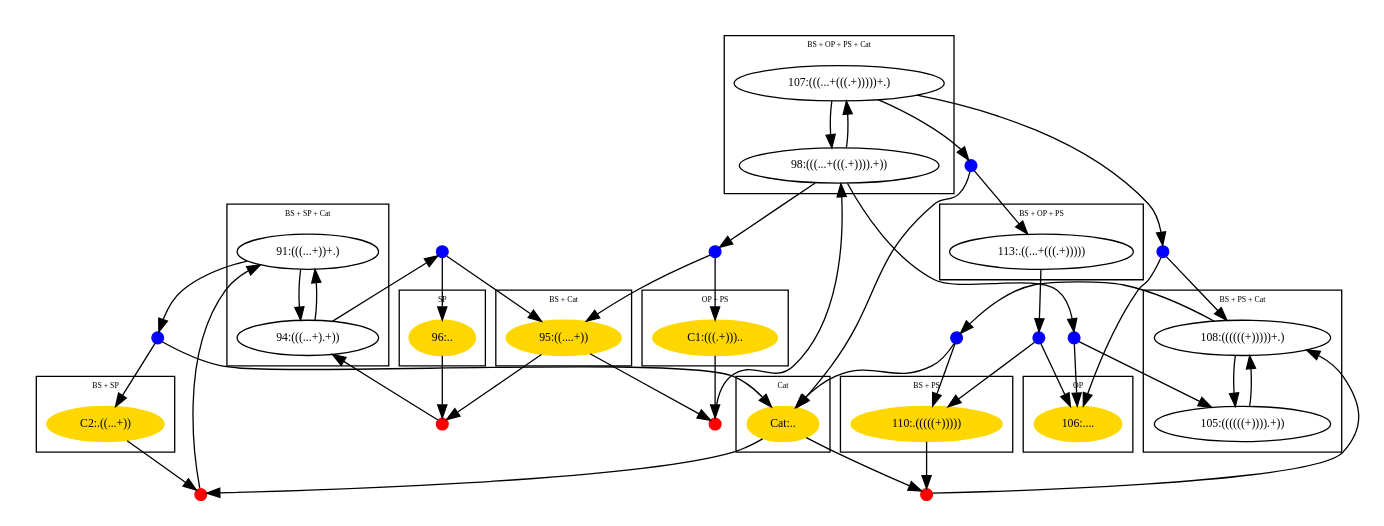
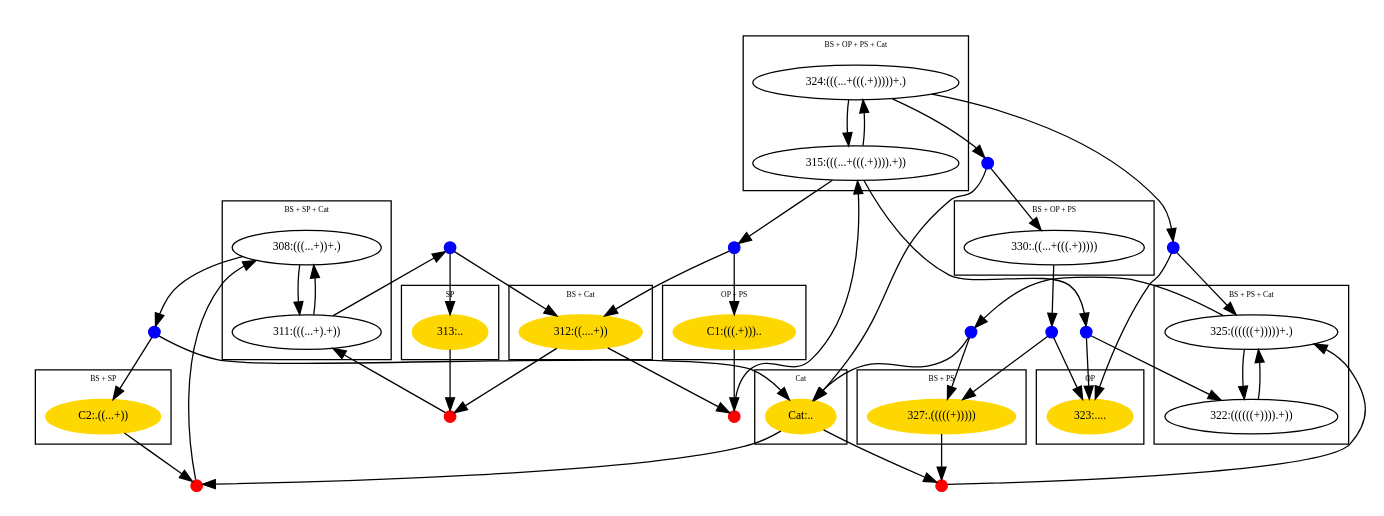
The diagram in test_files/testOutputFullGraph.out.dot (DNA-and-Natural-Algorithms-Group/peppercornenumerator), drawn with Graphviz before and after one commit. The commit also changed 24 other files, not shown here.

```diff
--- a/test_files/testOutputFullGraph.out.dot
+++ b/test_files/testOutputFullGraph.out.dot
@@ -1,117 +1,117 @@
 digraph G {
 size="7,10"
 page="8.5,11"
 node[width=0.25,height=0.375,fontsize=9]
 subgraph cluster0 {
 label="BS + SP + Cat"
 fontsize=6
-91 [label="91:(((...+))+.)"];
-94 [label="94:(((...+).+))"];
+308 [label="308:(((...+))+.)"];
+311 [label="311:(((...+).+))"];
 }
 subgraph cluster1 {
 label="BS + OP + PS"
 fontsize=6
-113 [label="113:.((...+(((.+)))))"];
+330 [label="330:.((...+(((.+)))))"];
 }
 subgraph cluster2 {
 label="BS + OP + PS + Cat"
 fontsize=6
-107 [label="107:(((...+(((.+)))))+.)"];
-98 [label="98:(((...+(((.+)))).+))"];
+324 [label="324:(((...+(((.+)))))+.)"];
+315 [label="315:(((...+(((.+)))).+))"];
 }
 subgraph cluster3 {
 label="BS + PS + Cat"
 fontsize=6
-108 [label="108:((((((+)))))+.)"];
-105 [label="105:((((((+)))).+))"];
+325 [label="325:((((((+)))))+.)"];
+322 [label="322:((((((+)))).+))"];
 }
 subgraph cluster4 {
 label="Cat"
 fontsize=6
 Cat [label="Cat:..",style=filled,color=gold1];
 }
 subgraph cluster5 {
 label="OP + PS"
 fontsize=6
 C1 [label="C1:(((.+)))..",style=filled,color=gold1];
 }
 subgraph cluster6 {
 label="BS + SP"
 fontsize=6
 C2 [label="C2:.((...+))",style=filled,color=gold1];
 }
 subgraph cluster7 {
 label="SP"
 fontsize=6
-96 [label="96:..",style=filled,color=gold1];
+313 [label="313:..",style=filled,color=gold1];
 }
 subgraph cluster8 {
 label="BS + Cat"
 fontsize=6
-95 [label="95:((....+))",style=filled,color=gold1];
+312 [label="312:((....+))",style=filled,color=gold1];
 }
 subgraph cluster9 {
 label="OP"
 fontsize=6
-106 [label="106:....",style=filled,color=gold1];
+323 [label="323:....",style=filled,color=gold1];
 }
 subgraph cluster10 {
 label="BS + PS"
 fontsize=6
-110 [label="110:.(((((+)))))",style=filled,color=gold1];
+327 [label="327:.(((((+)))))",style=filled,color=gold1];
 }
 R_0 [label="",shape=circle,height=0.12,width=0.12,fontsize=1,style=filled,color=red];
 C2 -> R_0
 Cat -> R_0
-R_0 -> 91
+R_0 -> 308
 R_1 [label="",shape=circle,height=0.12,width=0.12,fontsize=1,style=filled,color=blue];
-91 -> R_1
+308 -> R_1
 R_1 -> C2
 R_1 -> Cat
-91 -> 94
+308 -> 311
 R_3 [label="",shape=circle,height=0.12,width=0.12,fontsize=1,style=filled,color=blue];
-94 -> R_3
-R_3 -> 95
-R_3 -> 96
-94 -> 91
+311 -> R_3
+R_3 -> 312
+R_3 -> 313
+311 -> 308
 R_5 [label="",shape=circle,height=0.12,width=0.12,fontsize=1,style=filled,color=red];
-95 -> R_5
+312 -> R_5
 C1 -> R_5
-R_5 -> 98
+R_5 -> 315
 R_6 [label="",shape=circle,height=0.12,width=0.12,fontsize=1,style=filled,color=red];
-95 -> R_6
-96 -> R_6
-R_6 -> 94
+312 -> R_6
+313 -> R_6
+R_6 -> 311
 R_7 [label="",shape=circle,height=0.12,width=0.12,fontsize=1,style=filled,color=blue];
-98 -> R_7
-R_7 -> 95
+315 -> R_7
+R_7 -> 312
 R_7 -> C1
-98 -> 107
+315 -> 324
 R_9 [label="",shape=circle,height=0.12,width=0.12,fontsize=1,style=filled,color=blue];
-98 -> R_9
-R_9 -> 105
-R_9 -> 106
-105 -> 108
+315 -> R_9
+R_9 -> 322
+R_9 -> 323
+322 -> 325
 R_11 [label="",shape=circle,height=0.12,width=0.12,fontsize=1,style=filled,color=blue];
-108 -> R_11
-R_11 -> 110
+325 -> R_11
+R_11 -> 327
 R_11 -> Cat
-108 -> 105
+325 -> 322
 R_13 [label="",shape=circle,height=0.12,width=0.12,fontsize=1,style=filled,color=blue];
-107 -> R_13
-R_13 -> 113
+324 -> R_13
+R_13 -> 330
 R_13 -> Cat
-107 -> 98
+324 -> 315
 R_15 [label="",shape=circle,height=0.12,width=0.12,fontsize=1,style=filled,color=blue];
-107 -> R_15
-R_15 -> 108
-R_15 -> 106
+324 -> R_15
+R_15 -> 325
+R_15 -> 323
 R_16 [label="",shape=circle,height=0.12,width=0.12,fontsize=1,style=filled,color=blue];
-113 -> R_16
-R_16 -> 110
-R_16 -> 106
+330 -> R_16
+R_16 -> 327
+R_16 -> 323
 R_17 [label="",shape=circle,height=0.12,width=0.12,fontsize=1,style=filled,color=red];
-110 -> R_17
+327 -> R_17
 Cat -> R_17
-R_17 -> 108
+R_17 -> 325
 }
```
